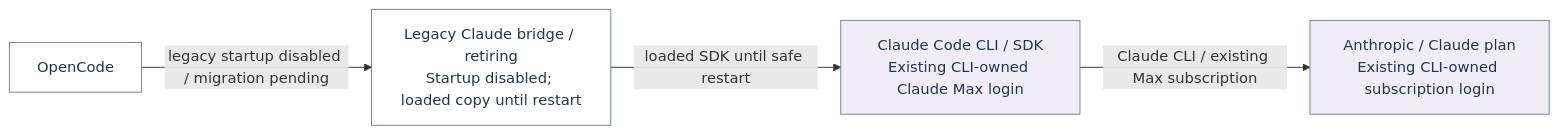
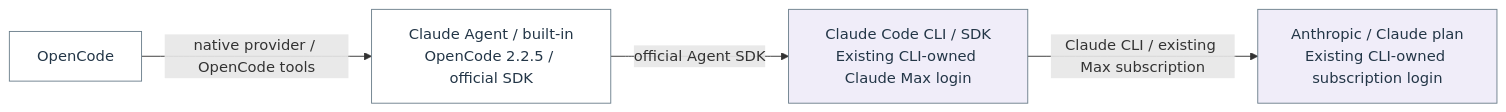
Before and after one commit to Harsh-2002/Homelab: diagram 17 of 22 in docs/architecture/homelab-mermaid.md, drawn with Mermaid. The commit also changed other lines of this file and 38 other files, not shown here.

Commit message:
Upgrade OpenCode to 2.2.5 and verify native Claude Agent subscription

````diff
--- a/docs/architecture/homelab-mermaid.md
+++ b/docs/architecture/homelab-mermaid.md
@@ -537,14 +537,14 @@
 ```mermaid
 flowchart LR
   n_flow_20_0["OpenCode"]
-  n_flow_20_1["Legacy Claude bridge / retiring<br/>Startup disabled; loaded copy until restart"]
+  n_flow_20_1["Claude Agent / built-in<br/>OpenCode 2.2.5 / official SDK"]
   n_flow_20_2["Claude Code CLI / SDK<br/>Existing CLI-owned Claude Max login"]
   n_flow_20_3["Anthropic / Claude plan<br/>Existing CLI-owned subscription login"]
-  n_flow_20_0 -->|"legacy startup disabled / migration pending"| n_flow_20_1
-  n_flow_20_1 -->|"loaded SDK until safe restart"| n_flow_20_2
+  n_flow_20_0 -->|"native provider / OpenCode tools"| n_flow_20_1
+  n_flow_20_1 -->|"official Agent SDK"| n_flow_20_2
   n_flow_20_2 -->|"Claude CLI / existing Max subscription"| n_flow_20_3
   classDef c_flow_20_0 fill:#ffffff,stroke:#6c7f8c,color:#233647;
   class n_flow_20_0,n_flow_20_1 c_flow_20_0;
   classDef c_flow_20_1 fill:#f0edf9,stroke:#6c7f8c,color:#233647;
   class n_flow_20_2,n_flow_20_3 c_flow_20_1;
 ```
````
